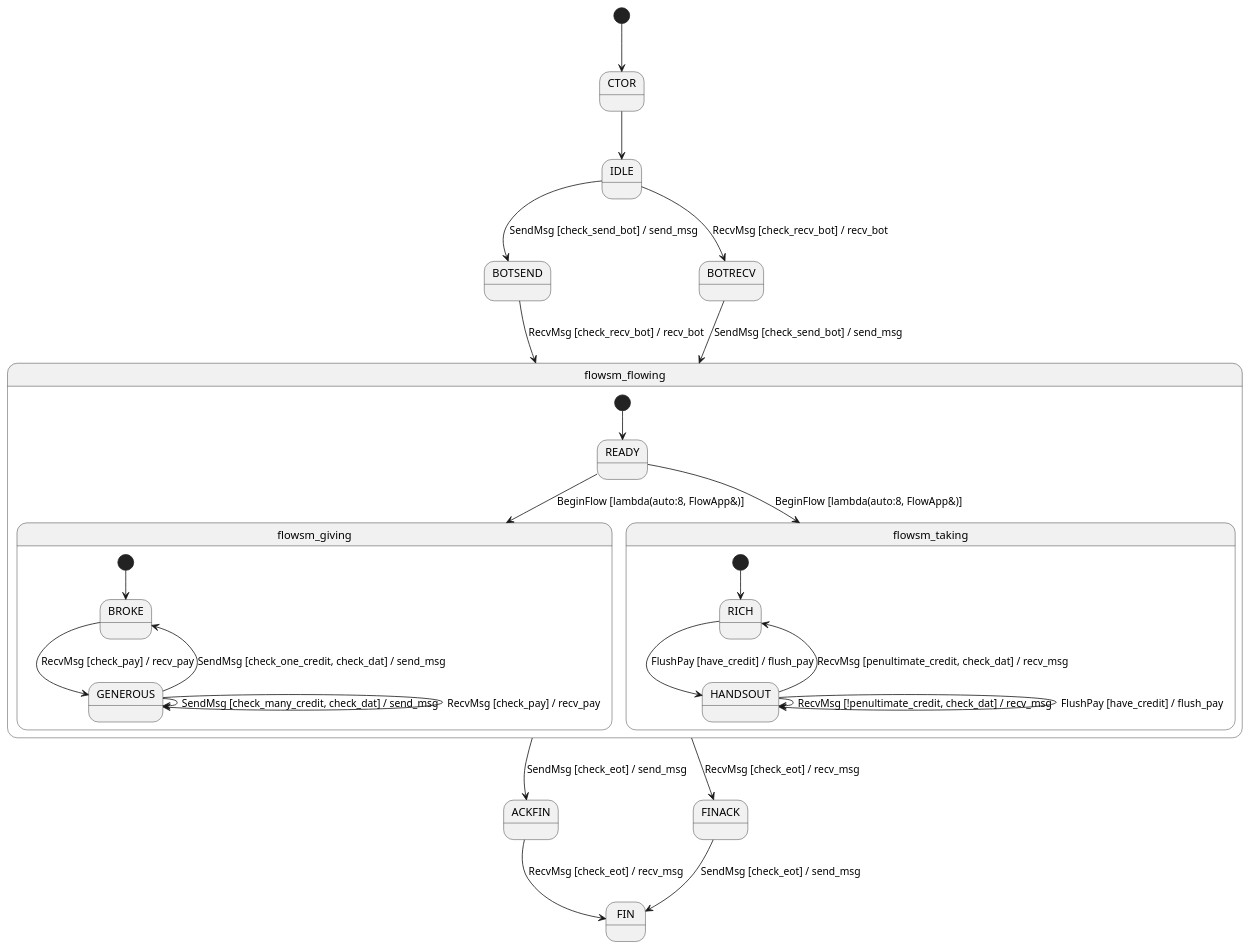
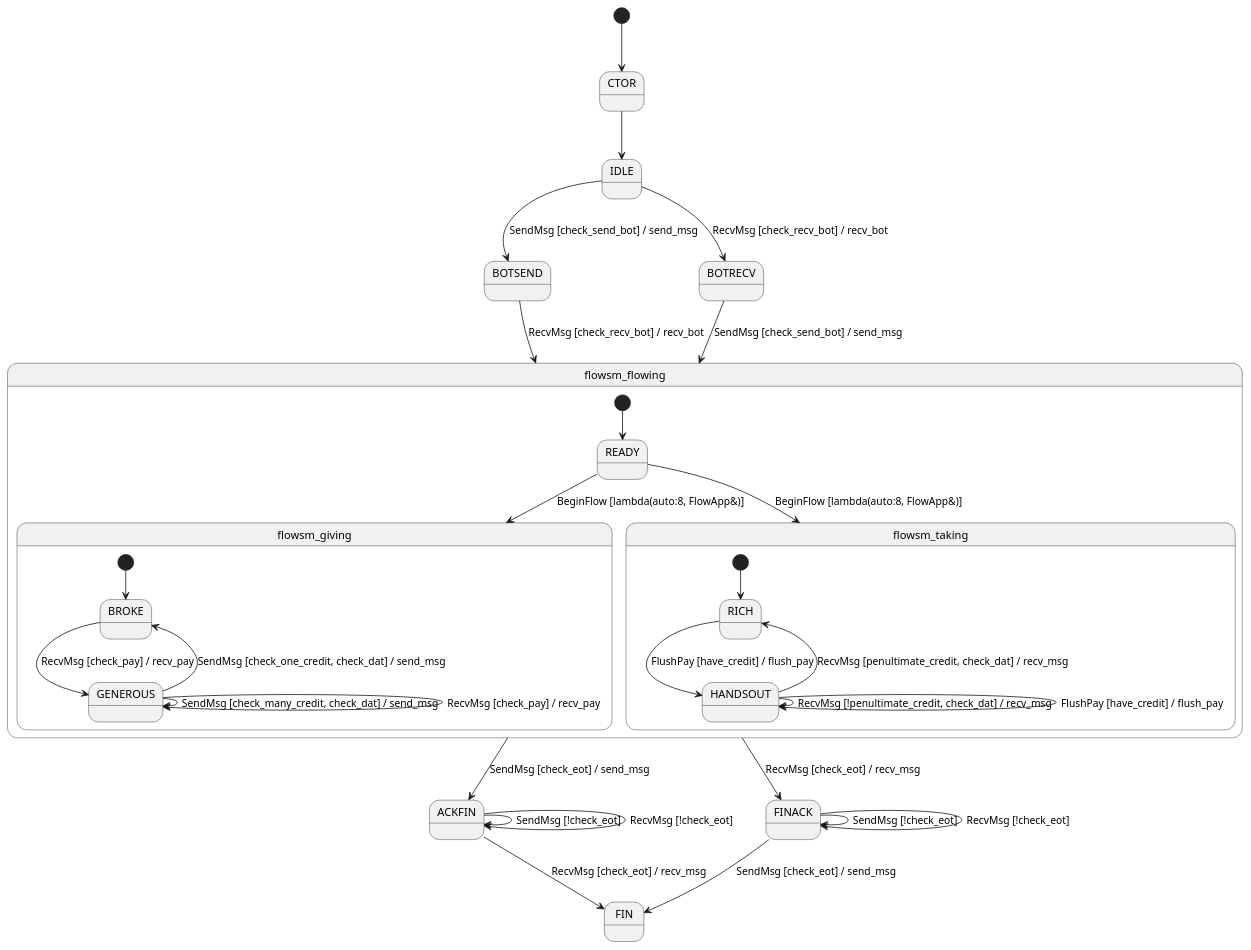
The diagram in docs/flowsm.plantuml (brettviren/zio), drawn with PlantUML before and after one commit. The commit also changed 12 other files, not shown here.

```diff
--- a/docs/flowsm.plantuml
+++ b/docs/flowsm.plantuml
@@ -1,39 +1,45 @@
 @startuml
 
 [*] --> CTOR
 CTOR --> IDLE
 IDLE --> BOTSEND : SendMsg [check_send_bot] / send_msg
 IDLE --> BOTRECV : RecvMsg [check_recv_bot] / recv_bot
 BOTSEND --> flowsm_flowing : RecvMsg [check_recv_bot] / recv_bot
 BOTRECV --> flowsm_flowing : SendMsg [check_send_bot] / send_msg
 flowsm_flowing --> ACKFIN : SendMsg [check_eot] / send_msg
 flowsm_flowing --> FINACK : RecvMsg [check_eot] / recv_msg
+
+FINACK --> FINACK : SendMsg [!check_eot]
+FINACK --> FINACK : RecvMsg [!check_eot]
 FINACK --> FIN : SendMsg [check_eot] / send_msg
+
+ACKFIN --> ACKFIN : SendMsg [!check_eot]
+ACKFIN --> ACKFIN : RecvMsg [!check_eot]
 ACKFIN --> FIN : RecvMsg [check_eot] / recv_msg
 
 
 state flowsm_flowing {
 [*] --> READY
 READY --> flowsm_giving : BeginFlow [lambda(auto:8, FlowApp&)]
 READY --> flowsm_taking : BeginFlow [lambda(auto:8, FlowApp&)]
 
 
 state flowsm_giving {
 [*] --> BROKE
 BROKE --> GENEROUS : RecvMsg [check_pay] / recv_pay
 GENEROUS --> BROKE : SendMsg [check_one_credit, check_dat] / send_msg
 GENEROUS --> GENEROUS : SendMsg [check_many_credit, check_dat] / send_msg
 GENEROUS --> GENEROUS : RecvMsg [check_pay] / recv_pay
 }
 
 state flowsm_taking {
 [*] --> RICH
 RICH --> HANDSOUT : FlushPay [have_credit] / flush_pay
 HANDSOUT --> RICH : RecvMsg [penultimate_credit, check_dat] / recv_msg
 HANDSOUT --> HANDSOUT : RecvMsg [!penultimate_credit, check_dat] / recv_msg
 HANDSOUT --> HANDSOUT : FlushPay [have_credit] / flush_pay
 }
 
 }
 
 @enduml
```
